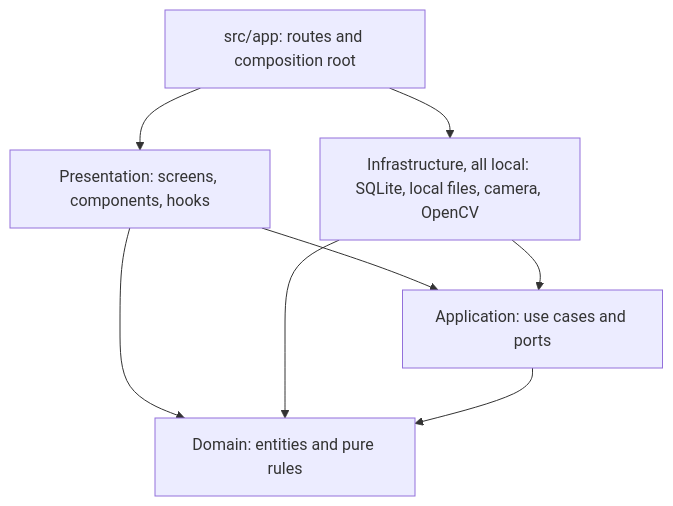
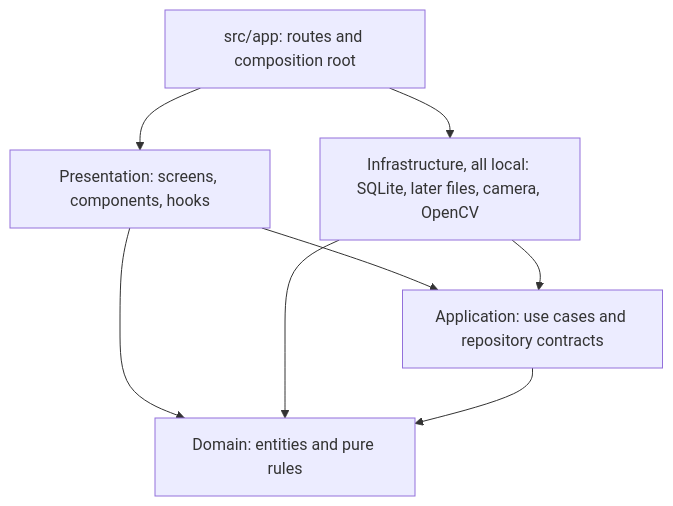
The third of 11 diagrams in docs/diagrams.md (nicolaseugenio2022-cyber/answer-checker), drawn with Mermaid before and after one commit. The commit also changed other lines of this file and 6 other files, not shown here.

````diff
--- a/docs/diagrams.md
+++ b/docs/diagrams.md
@@ -40,16 +65,16 @@
 ```mermaid
 flowchart TD
     ROUTES["src/app: routes and composition root"]
     PRES["Presentation: screens, components, hooks"]
-    INFRA["Infrastructure, all local: SQLite, local files, camera, OpenCV"]
-    APP["Application: use cases and ports"]
+    INFRA["Infrastructure, all local: SQLite, later files, camera, OpenCV"]
+    APP["Application: use cases and repository contracts"]
     DOMAIN["Domain: entities and pure rules"]
 
     ROUTES --> PRES
     ROUTES --> INFRA
     PRES --> APP
     PRES --> DOMAIN
     INFRA --> APP
     INFRA --> DOMAIN
     APP --> DOMAIN
 ```
````
